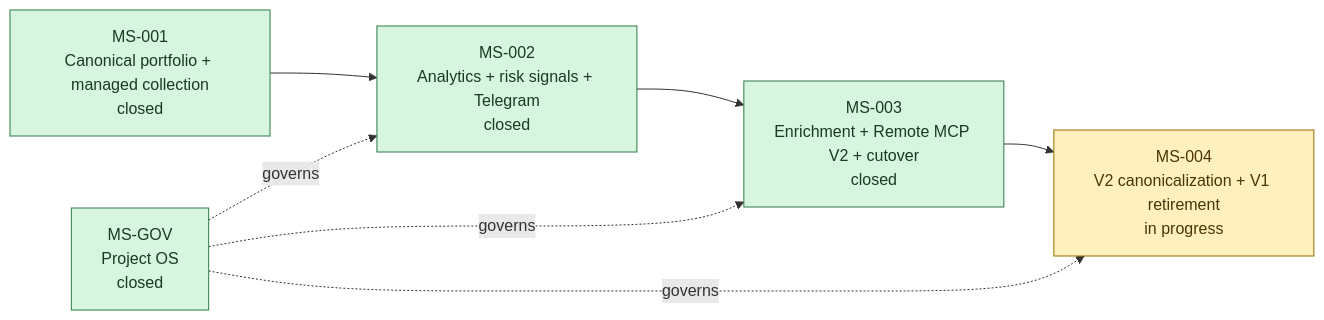
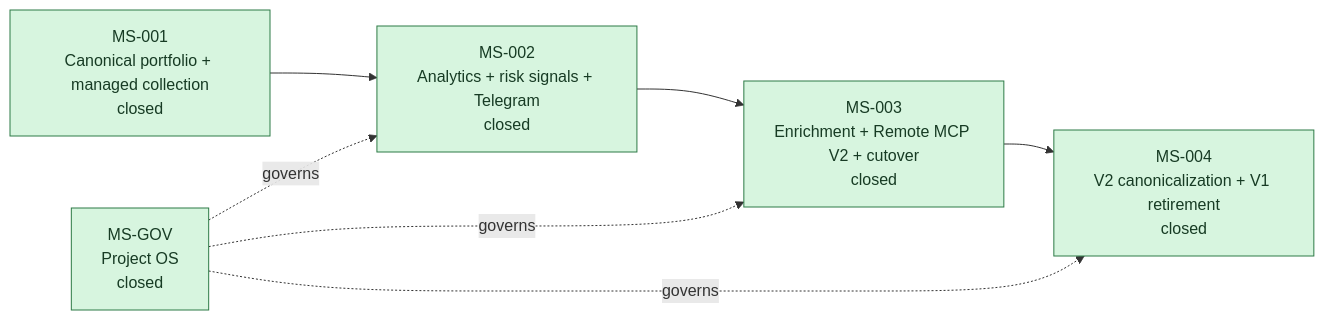
The first of 3 diagrams in docs/milestones/README.md (meringue5/KIS_Portfolio_MCP), drawn with Mermaid before and after one commit. The commit also changed other lines of this file and 22 other files, not shown here.

````diff
--- a/docs/milestones/README.md
+++ b/docs/milestones/README.md
@@ -22,20 +22,19 @@
 ```mermaid
 flowchart LR
     MSGOV["MS-GOV<br/>Project OS<br/>closed"]
     MS1["MS-001<br/>Canonical portfolio + managed collection<br/>closed"]
     MS2["MS-002<br/>Analytics + risk signals + Telegram<br/>closed"]
     MS3["MS-003<br/>Enrichment + Remote MCP V2 + cutover<br/>closed"]
-    MS4["MS-004<br/>V2 canonicalization + V1 retirement<br/>in progress"]
+    MS4["MS-004<br/>V2 canonicalization + V1 retirement<br/>closed"]
 
     MS1 --> MS2 --> MS3 --> MS4
     MSGOV -. governs .-> MS2
     MSGOV -. governs .-> MS3
     MSGOV -. governs .-> MS4
 
     classDef closed fill:#d7f5df,stroke:#2d7a46,color:#173b24;
     classDef verified fill:#e5f4ff,stroke:#0870a8,color:#123b72;
     classDef active fill:#fff1bf,stroke:#9a6b00,color:#4b3500;
     classDef proposed fill:#eef1f5,stroke:#667085,color:#344054;
-    class MS1,MS2,MS3,MSGOV closed;
-    class MS4 active;
+    class MS1,MS2,MS3,MS4,MSGOV closed;
 ```
````
